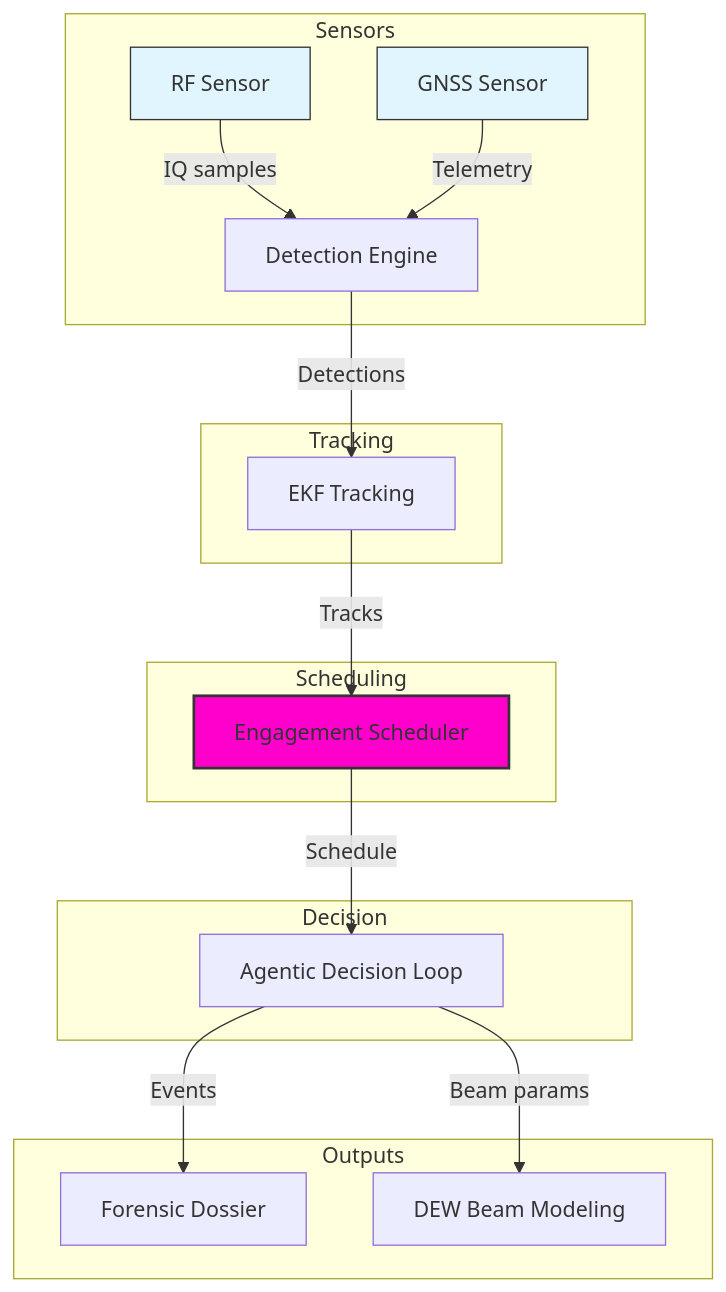
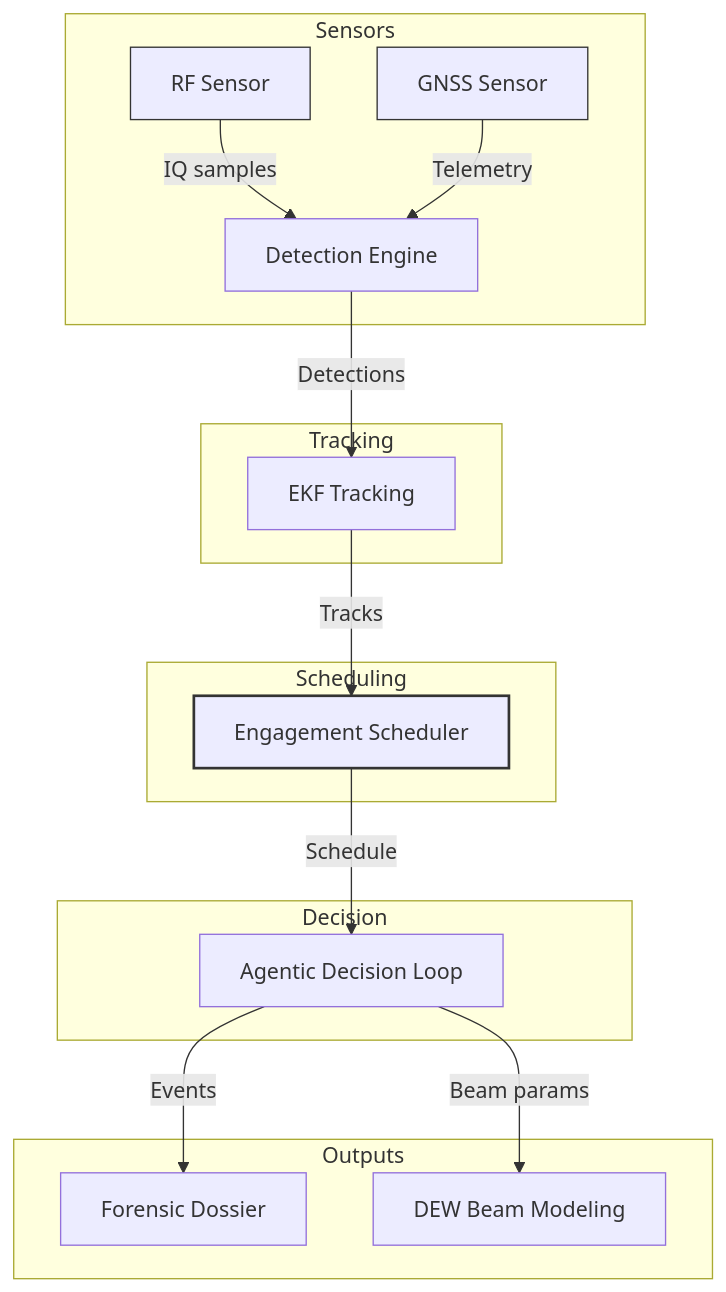
One commit to AAH20/Apex_C-UAS changed the first of 3 diagrams in README.md. Above: the diagram before and after it, drawn with Mermaid. The commit also changed other lines of this file, not shown here.

Commit message:
Remove container fill colors from Mermaid diagrams
- Removed fill: from all style statements in 3 Mermaid diagrams
- Containers now transparent/default background, stroke/border retained
- Text readability restored

````diff
--- a/README.md
+++ b/README.md
@@ -27,28 +27,28 @@
 ```mermaid
 flowchart TD
     subgraph Sensors
     A[RF Sensor] -->|IQ samples| D[Detection Engine]
     B[GNSS Sensor] -->|Telemetry| D
     end
 
     subgraph Tracking
     D -->|Detections| E[EKF Tracking]
     end
 
     subgraph Scheduling
     E -->|Tracks| F[Engagement Scheduler]
     end
 
     subgraph Decision
     F -->|Schedule| G[Agentic Decision Loop]
     end
 
     subgraph Outputs
     G -->|Events| H[Forensic Dossier]
     G -->|Beam params| I[DEW Beam Modeling]
     end
 
-    style F fill:#f0c,stroke:#333,stroke-width:2px
-    style A fill:#e1f5fe,stroke:#333
-    style B fill:#e1f5fe,stroke:#333
+    style F stroke:#333,stroke-width:2px
+    style A stroke:#333
+    style B stroke:#333
 ```
````
